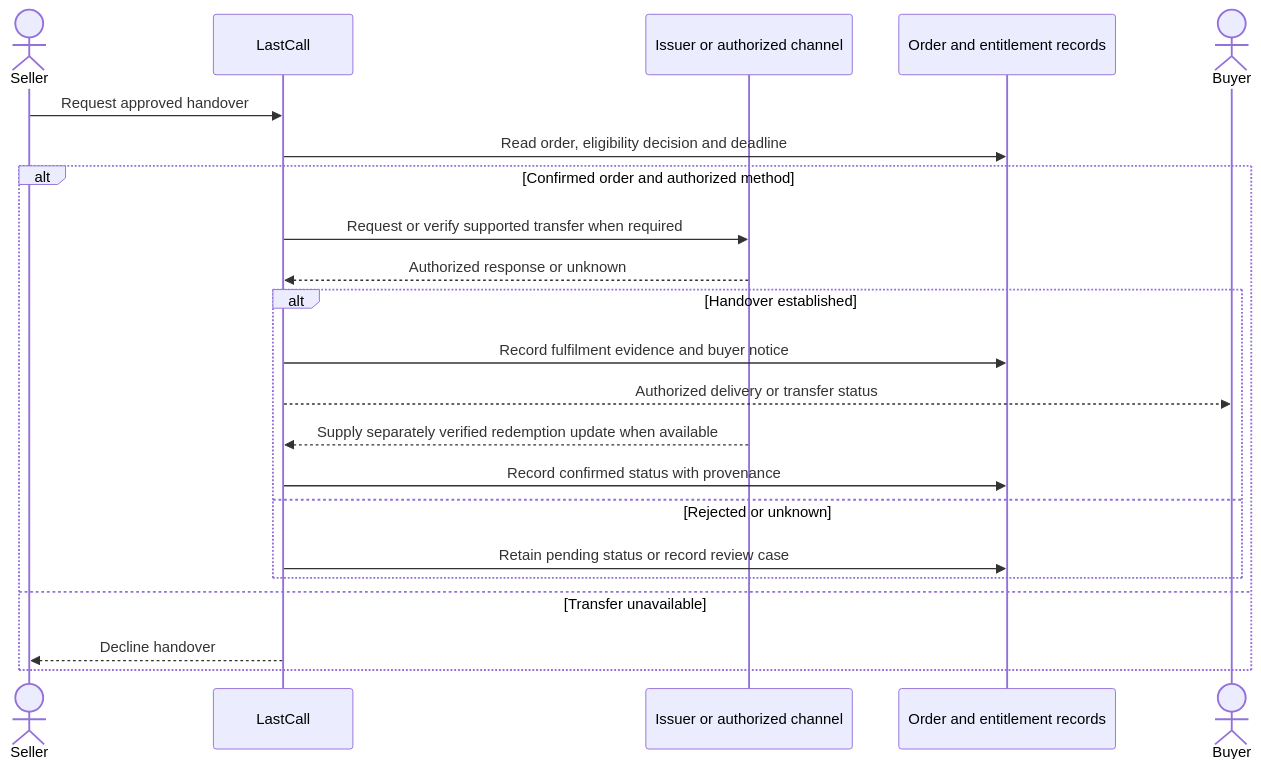
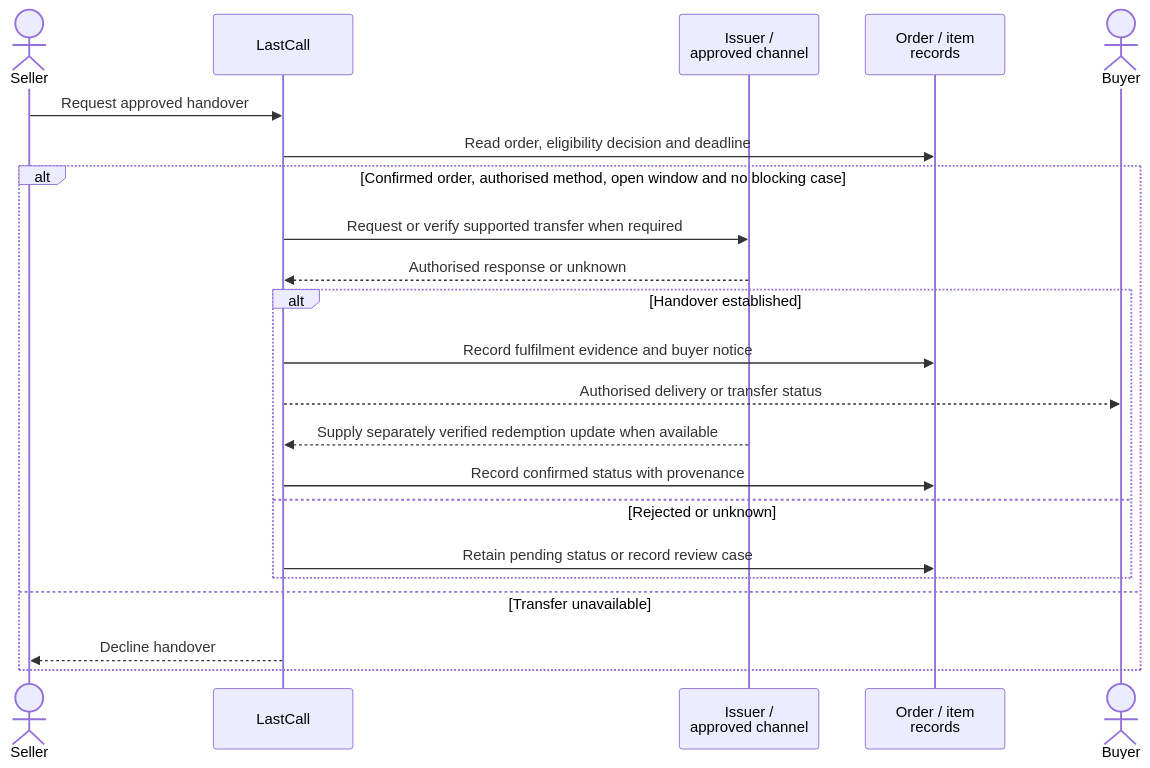
One commit to aunabil-abtahi/lastcall-sad changed diagram 13 of 19 in docs/05-srs/SRS.md. Above: the diagram before and after it, drawn with Mermaid. The commit also changed other lines of this file, not shown here.

````diff
--- a/docs/05-srs/SRS.md
+++ b/docs/05-srs/SRS.md
@@ -868,24 +985,24 @@
 ```mermaid
 sequenceDiagram
  actor Seller
  participant LC as LastCall
- participant Issuer as Issuer or authorized channel
- participant DB as Order and entitlement records
+ participant Issuer as Issuer /<br/>approved channel
+ participant DB as Order / item<br/>records
  actor Buyer
  Seller->>LC: Request approved handover
  LC->>DB: Read order, eligibility decision and deadline
- alt Confirmed order and authorized method
+ alt Confirmed order, authorised method, open window and no blocking case
  LC->>Issuer: Request or verify supported transfer when required
- Issuer-->>LC: Authorized response or unknown
+ Issuer-->>LC: Authorised response or unknown
  alt Handover established
  LC->>DB: Record fulfilment evidence and buyer notice
- LC-->>Buyer: Authorized delivery or transfer status
+ LC-->>Buyer: Authorised delivery or transfer status
  Issuer-->>LC: Supply separately verified redemption update when available
  LC->>DB: Record confirmed status with provenance
  else Rejected or unknown
  LC->>DB: Retain pending status or record review case
  end
  else Transfer unavailable
  LC-->>Seller: Decline handover
  end
 ```
````
